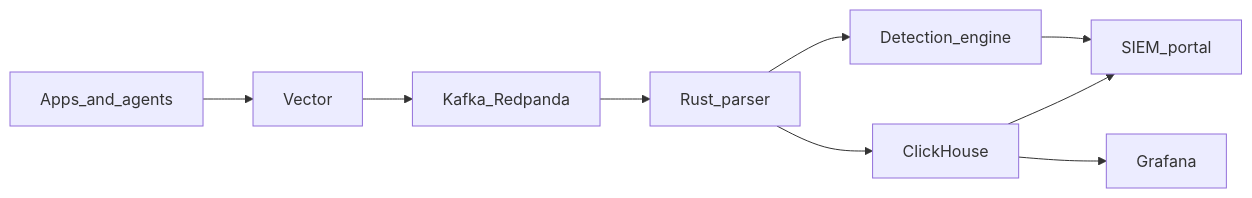
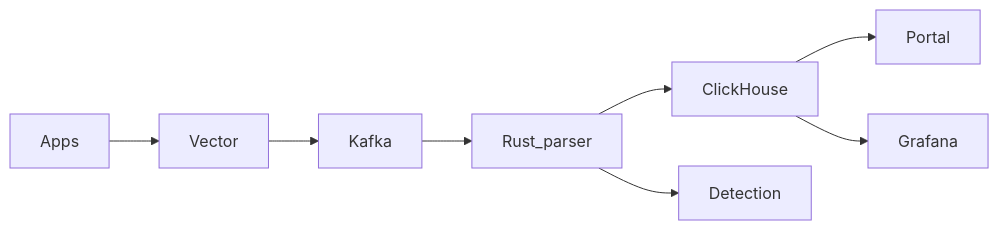
Before and after one commit to Davitushka/Davitushka: the diagram in README.md, drawn with Mermaid. The commit also changed other lines of this file, not shown here.

````diff
--- a/README.md
+++ b/README.md
@@ -38,11 +73,10 @@
 ```mermaid
 flowchart LR
-  apps[Apps_and_agents] --> vector[Vector]
-  vector --> kafka[Kafka_Redpanda]
+  apps[Apps] --> vector[Vector]
+  vector --> kafka[Kafka]
   kafka --> parser[Rust_parser]
   parser --> clickhouse[ClickHouse]
-  parser --> detection[Detection_engine]
-  clickhouse --> portal[SIEM_portal]
+  parser --> detection[Detection]
+  clickhouse --> portal[Portal]
   clickhouse --> grafana[Grafana]
-  detection --> portal
 ```
````
